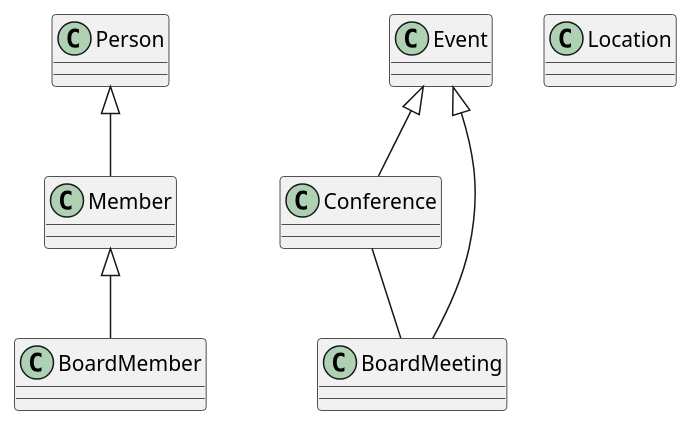
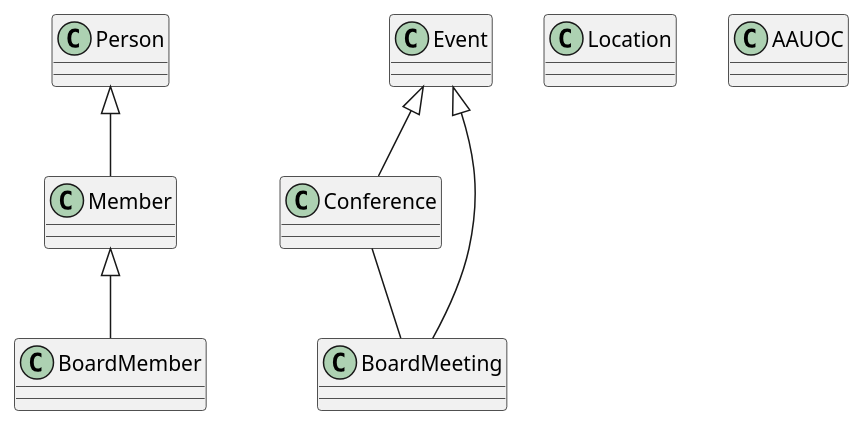
The diagram in src/DiagramaUn11MRCP.puml (miriancp88/UMLClases), drawn with PlantUML before and after one commit.

Commit message:
Creación clase AAUOC

```diff
--- a/src/DiagramaUn11MRCP.puml
+++ b/src/DiagramaUn11MRCP.puml
@@ -1,32 +1,35 @@
 @startuml
 
 class Member{
 }
 
 class BoardMember{
 }
 
 class Event{
 }
 
 class Conference{
 }
 
 class BoardMeeting{
 }
 
 class Location{
 }
 
 class Person{
 }
 
+class AAUOC{
+}
+
 Event <|-- Conference
 Event <|-- BoardMeeting
 Conference -- BoardMeeting
 
 Person <|-- Member
 Member <|-- BoardMember
 
 
 @enduml
```
